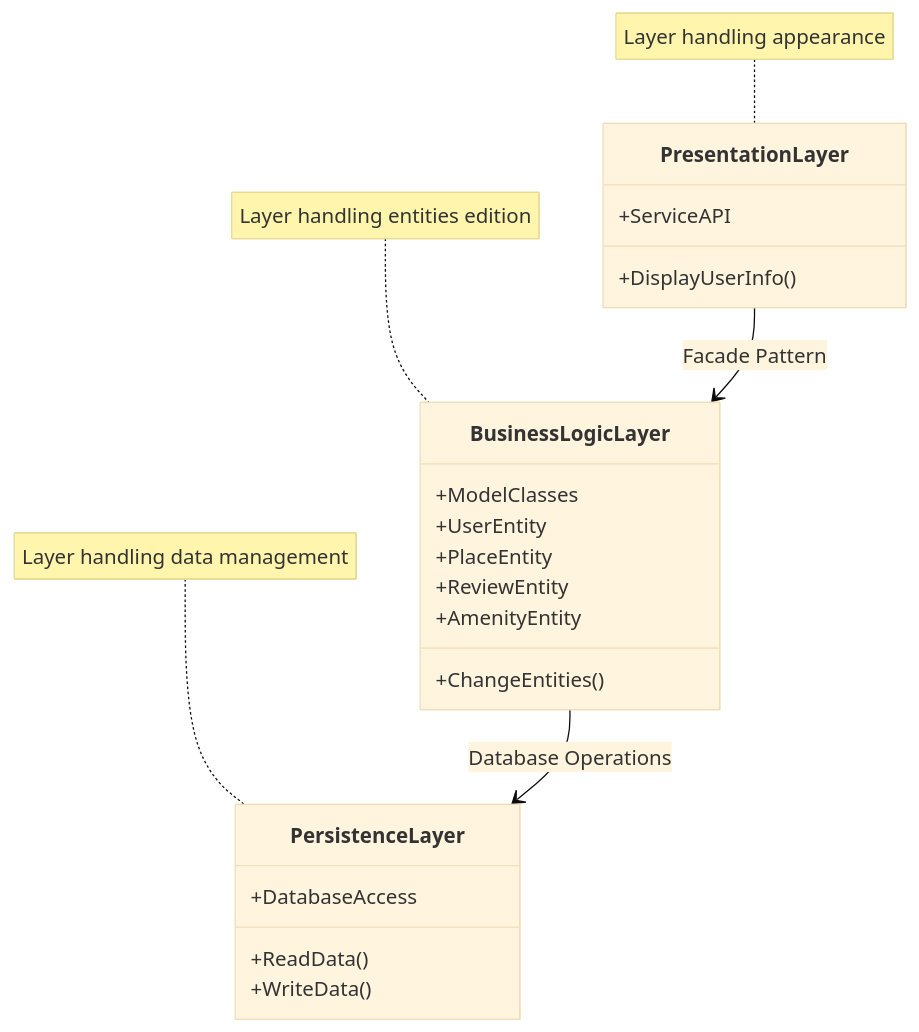
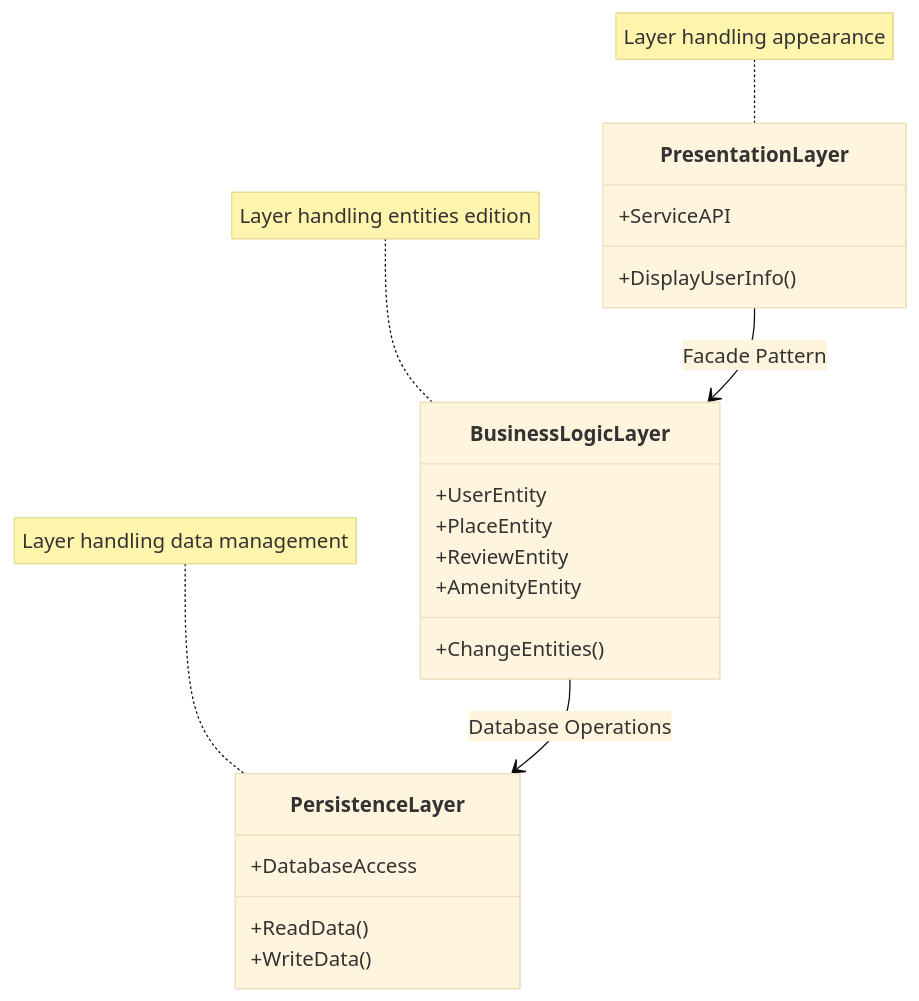
One commit to MElisoltanov/holbertonschool-hbnb changed the diagram in part1/Package_Diagram.md. Above: the diagram before and after it, drawn with Mermaid (base theme).

Commit message:
Remove ModelClass from package diagram for updated architecture

````diff
--- a/part1/Package_Diagram.md
+++ b/part1/Package_Diagram.md
@@ -3,26 +3,25 @@
 ```mermaid
 classDiagram
 class PresentationLayer {
     +ServiceAPI
     +DisplayUserInfo()
 
 }
 class BusinessLogicLayer {
-    +ModelClasses
     +UserEntity
     +PlaceEntity
     +ReviewEntity
     +AmenityEntity
     +ChangeEntities()
 }
 class PersistenceLayer {
     +DatabaseAccess
     +ReadData()
     +WriteData()
 }
 note for PresentationLayer "Layer handling appearance"
-        note for BusinessLogicLayer "Layer handling entities edition"
-        note for PersistenceLayer "Layer handling data management"
+note for BusinessLogicLayer "Layer handling entities edition"
+note for PersistenceLayer "Layer handling data management"
 PresentationLayer --> BusinessLogicLayer : Facade Pattern
 BusinessLogicLayer --> PersistenceLayer : Database Operations
 ```
````
